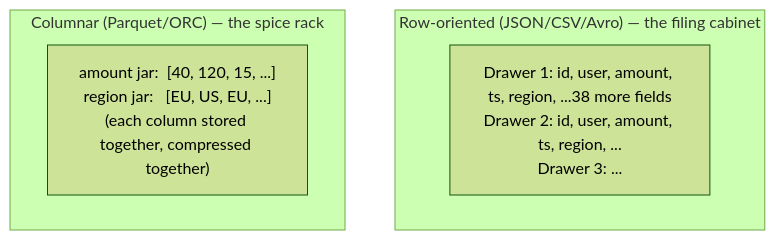
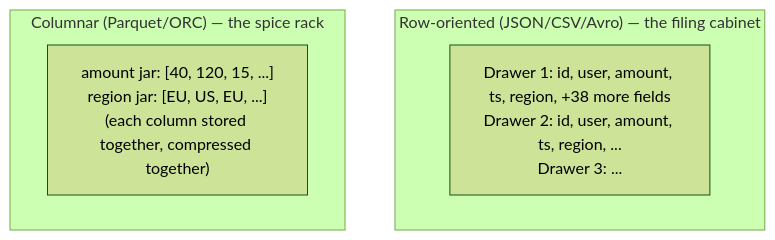
The sixth of 17 diagrams in system-design/HLD/0-course/43-Design-a-Data-Infrastructure-System-FAANG-Guide-story.md (riyaz-pasha/Learnings), drawn with Mermaid (forest theme) before and after one commit. The commit also changed other lines of this file and 1 other file, not shown here.

Commit message:
[REWRITE] Data Infrastructure System story guide: simplify prose, add structure, fix diagrams

````diff
--- a/system-design/HLD/0-course/43-Design-a-Data-Infrastructure-System-FAANG-Guide-story.md
+++ b/system-design/HLD/0-course/43-Design-a-Data-Infrastructure-System-FAANG-Guide-story.md
@@ -149,9 +319,9 @@
 ```mermaid
 flowchart TB
     subgraph Row["Row-oriented (JSON/CSV/Avro) — the filing cabinet"]
-        R1["Drawer 1: id, user, amount, ts, region, ...38 more fields\nDrawer 2: id, user, amount, ts, region, ...\nDrawer 3: ..."]
+        R1["Drawer 1: id, user, amount, ts, region, +38 more fields<br/>Drawer 2: id, user, amount, ts, region, ...<br/>Drawer 3: ..."]
     end
     subgraph Col["Columnar (Parquet/ORC) — the spice rack"]
-        C1["amount jar:  [40, 120, 15, ...]\nregion jar:   [EU, US, EU, ...]\n(each column stored together, compressed together)"]
+        C1["amount jar: [40, 120, 15, ...]<br/>region jar: [EU, US, EU, ...]<br/>(each column stored together, compressed together)"]
     end
 ```
````
